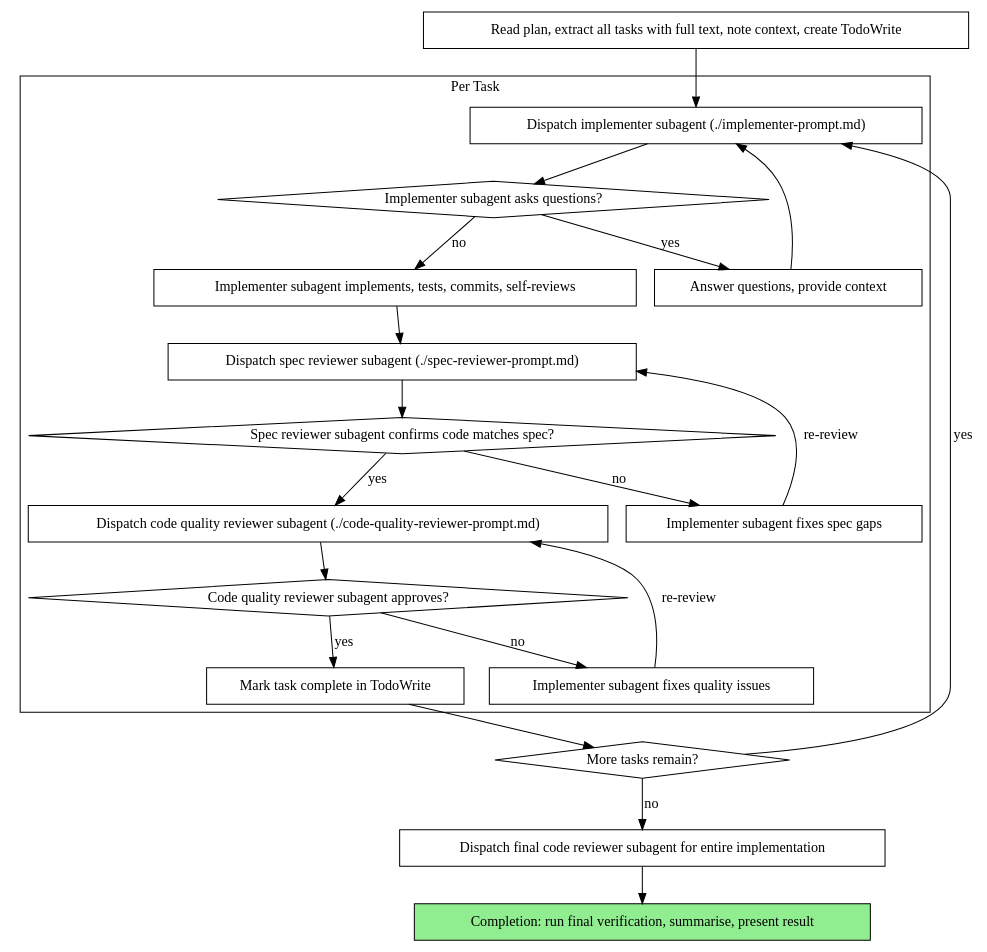
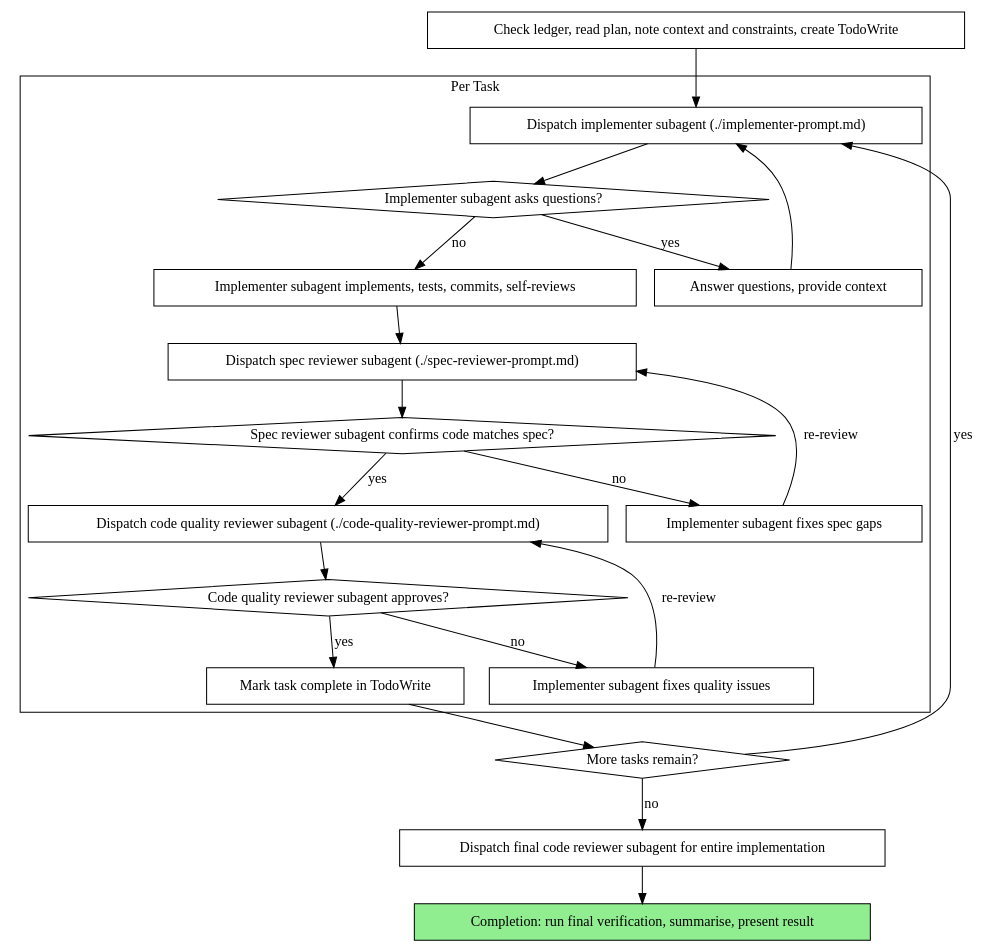
The second of 2 diagrams in skills/subagent-driven-development/SKILL.md (Mindful-Stack/lorekeeper), drawn with Graphviz before and after one commit. The commit also changed other lines of this file, not shown here.

````diff
--- a/skills/subagent-driven-development/SKILL.md
+++ b/skills/subagent-driven-development/SKILL.md
@@ -44,44 +44,44 @@
 ```dot
 digraph process {
     rankdir=TB;
 
     subgraph cluster_per_task {
         label="Per Task";
         "Dispatch implementer subagent (./implementer-prompt.md)" [shape=box];
         "Implementer subagent asks questions?" [shape=diamond];
         "Answer questions, provide context" [shape=box];
         "Implementer subagent implements, tests, commits, self-reviews" [shape=box];
         "Dispatch spec reviewer subagent (./spec-reviewer-prompt.md)" [shape=box];
         "Spec reviewer subagent confirms code matches spec?" [shape=diamond];
         "Implementer subagent fixes spec gaps" [shape=box];
         "Dispatch code quality reviewer subagent (./code-quality-reviewer-prompt.md)" [shape=box];
         "Code quality reviewer subagent approves?" [shape=diamond];
         "Implementer subagent fixes quality issues" [shape=box];
         "Mark task complete in TodoWrite" [shape=box];
     }
 
-    "Read plan, extract all tasks with full text, note context, create TodoWrite" [shape=box];
+    "Check ledger, read plan, note context and constraints, create TodoWrite" [shape=box];
     "More tasks remain?" [shape=diamond];
     "Dispatch final code reviewer subagent for entire implementation" [shape=box];
     "Completion: run final verification, summarise, present result" [shape=box style=filled fillcolor=lightgreen];
 
-    "Read plan, extract all tasks with full text, note context, create TodoWrite" -> "Dispatch implementer subagent (./implementer-prompt.md)";
+    "Check ledger, read plan, note context and constraints, create TodoWrite" -> "Dispatch implementer subagent (./implementer-prompt.md)";
     "Dispatch implementer subagent (./implementer-prompt.md)" -> "Implementer subagent asks questions?";
     "Implementer subagent asks questions?" -> "Answer questions, provide context" [label="yes"];
     "Answer questions, provide context" -> "Dispatch implementer subagent (./implementer-prompt.md)";
     "Implementer subagent asks questions?" -> "Implementer subagent implements, tests, commits, self-reviews" [label="no"];
     "Implementer subagent implements, tests, commits, self-reviews" -> "Dispatch spec reviewer subagent (./spec-reviewer-prompt.md)";
     "Dispatch spec reviewer subagent (./spec-reviewer-prompt.md)" -> "Spec reviewer subagent confirms code matches spec?";
     "Spec reviewer subagent confirms code matches spec?" -> "Implementer subagent fixes spec gaps" [label="no"];
     "Implementer subagent fixes spec gaps" -> "Dispatch spec reviewer subagent (./spec-reviewer-prompt.md)" [label="re-review"];
     "Spec reviewer subagent confirms code matches spec?" -> "Dispatch code quality reviewer subagent (./code-quality-reviewer-prompt.md)" [label="yes"];
     "Dispatch code quality reviewer subagent (./code-quality-reviewer-prompt.md)" -> "Code quality reviewer subagent approves?";
     "Code quality reviewer subagent approves?" -> "Implementer subagent fixes quality issues" [label="no"];
     "Implementer subagent fixes quality issues" -> "Dispatch code quality reviewer subagent (./code-quality-reviewer-prompt.md)" [label="re-review"];
     "Code quality reviewer subagent approves?" -> "Mark task complete in TodoWrite" [label="yes"];
     "Mark task complete in TodoWrite" -> "More tasks remain?";
     "More tasks remain?" -> "Dispatch implementer subagent (./implementer-prompt.md)" [label="yes"];
     "More tasks remain?" -> "Dispatch final code reviewer subagent for entire implementation" [label="no"];
     "Dispatch final code reviewer subagent for entire implementation" -> "Completion: run final verification, summarise, present result";
 }
 ```
````
